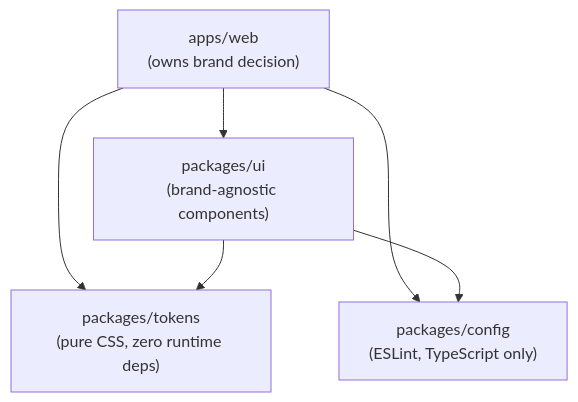
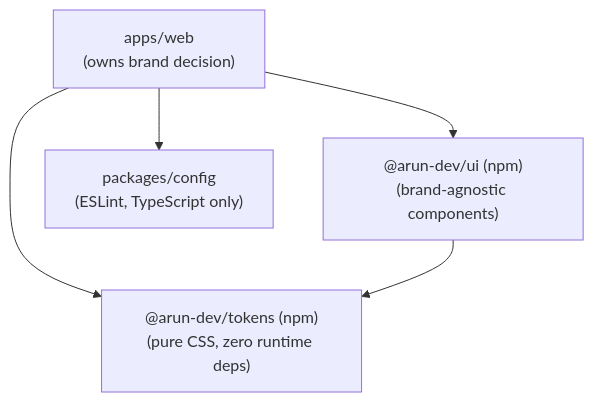
The fifth of 6 diagrams in docs/design-system.md (arun9483/arun-dev-platform), drawn with Mermaid before and after one commit. The commit also changed other lines of this file and 51 other files, not shown here.

First line of the commit message:
feat: consume design system from published npm packages

````diff
--- a/docs/design-system.md
+++ b/docs/design-system.md
@@ -232,13 +236,12 @@
 ```mermaid
 graph TD
     WEB["apps/web<br/>(owns brand decision)"]
-    UI["packages/ui<br/>(brand-agnostic components)"]
-    TOKENS["packages/tokens<br/>(pure CSS, zero runtime deps)"]
+    UI["@arun-dev/ui (npm)<br/>(brand-agnostic components)"]
+    TOKENS["@arun-dev/tokens (npm)<br/>(pure CSS, zero runtime deps)"]
     CONFIG["packages/config<br/>(ESLint, TypeScript only)"]
 
     WEB --> UI
     WEB --> TOKENS
     UI --> TOKENS
     WEB --> CONFIG
-    UI --> CONFIG
 ```
````
